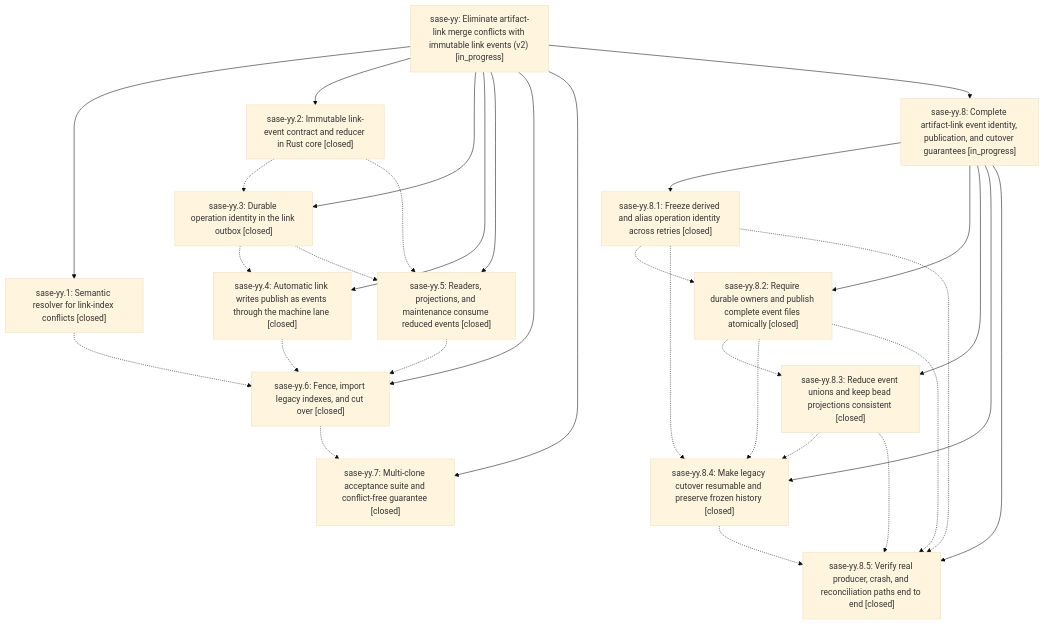
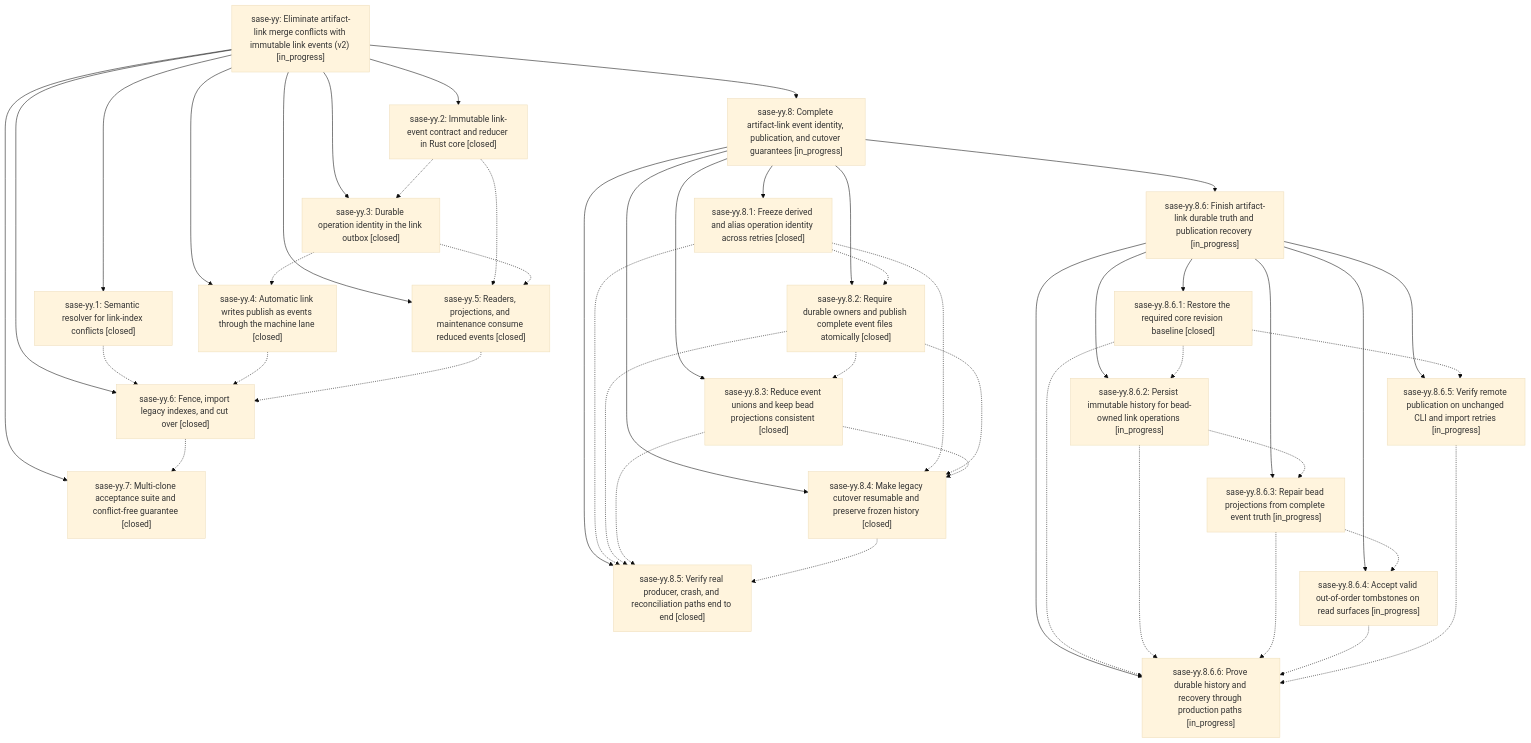
Before and after one commit to sase-org/sase--beads: the diagram in pages/sase-yy/README.md, drawn with Mermaid (base theme). The commit also changed other lines of this file and 8 other files, not shown here.

First line of the commit message:
chore(beads): sync bead state and pages for sase-yy

````diff
--- a/pages/sase-yy/README.md
+++ b/pages/sase-yy/README.md
@@ -46,47 +48,70 @@
 ```mermaid
 flowchart TD
     n0["sase-yy: Eliminate artifact-link merge conflicts with immutable link events (v2) [in_progress]"]
     n1["sase-yy.1: Semantic resolver for link-index conflicts [closed]"]
     n2["sase-yy.2: Immutable link-event contract and reducer in Rust core [closed]"]
     n3["sase-yy.3: Durable operation identity in the link outbox [closed]"]
     n4["sase-yy.4: Automatic link writes publish as events through the machine lane [closed]"]
     n5["sase-yy.5: Readers, projections, and maintenance consume reduced events [closed]"]
     n6["sase-yy.6: Fence, import legacy indexes, and cut over [closed]"]
     n7["sase-yy.7: Multi-clone acceptance suite and conflict-free guarantee [closed]"]
     n8["sase-yy.8: Complete artifact-link event identity, publication, and cutover guarantees [in_progress]"]
     n9["sase-yy.8.1: Freeze derived and alias operation identity across retries [closed]"]
     n10["sase-yy.8.2: Require durable owners and publish complete event files atomically [closed]"]
     n11["sase-yy.8.3: Reduce event unions and keep bead projections consistent [closed]"]
     n12["sase-yy.8.4: Make legacy cutover resumable and preserve frozen history [closed]"]
     n13["sase-yy.8.5: Verify real producer, crash, and reconciliation paths end to end [closed]"]
+    n14["sase-yy.8.6: Finish artifact-link durable truth and publication recovery [in_progress]"]
+    n15["sase-yy.8.6.1: Restore the required core revision baseline [closed]"]
+    n16["sase-yy.8.6.2: Persist immutable history for bead-owned link operations [in_progress]"]
+    n17["sase-yy.8.6.3: Repair bead projections from complete event truth [in_progress]"]
+    n18["sase-yy.8.6.4: Accept valid out-of-order tombstones on read surfaces [in_progress]"]
+    n19["sase-yy.8.6.5: Verify remote publication on unchanged CLI and import retries [in_progress]"]
+    n20["sase-yy.8.6.6: Prove durable history and recovery through production paths [in_progress]"]
     n0 --> n1
     n0 --> n2
     n0 --> n3
     n0 --> n4
     n0 --> n5
     n0 --> n6
     n0 --> n7
     n0 --> n8
     n8 --> n9
     n8 --> n10
     n8 --> n11
     n8 --> n12
     n8 --> n13
+    n8 --> n14
+    n14 --> n15
+    n14 --> n16
+    n14 --> n17
+    n14 --> n18
+    n14 --> n19
+    n14 --> n20
     n1 -.-> n6
     n2 -.-> n3
     n2 -.-> n5
     n3 -.-> n4
     n3 -.-> n5
     n4 -.-> n6
     n5 -.-> n6
     n6 -.-> n7
     n9 -.-> n10
     n9 -.-> n12
     n9 -.-> n13
     n10 -.-> n11
     n10 -.-> n12
     n10 -.-> n13
     n11 -.-> n12
     n11 -.-> n13
     n12 -.-> n13
+    n15 -.-> n16
+    n15 -.-> n19
+    n15 -.-> n20
+    n16 -.-> n17
+    n16 -.-> n20
+    n17 -.-> n18
+    n17 -.-> n20
+    n18 -.-> n20
+    n19 -.-> n20
 ```
````
